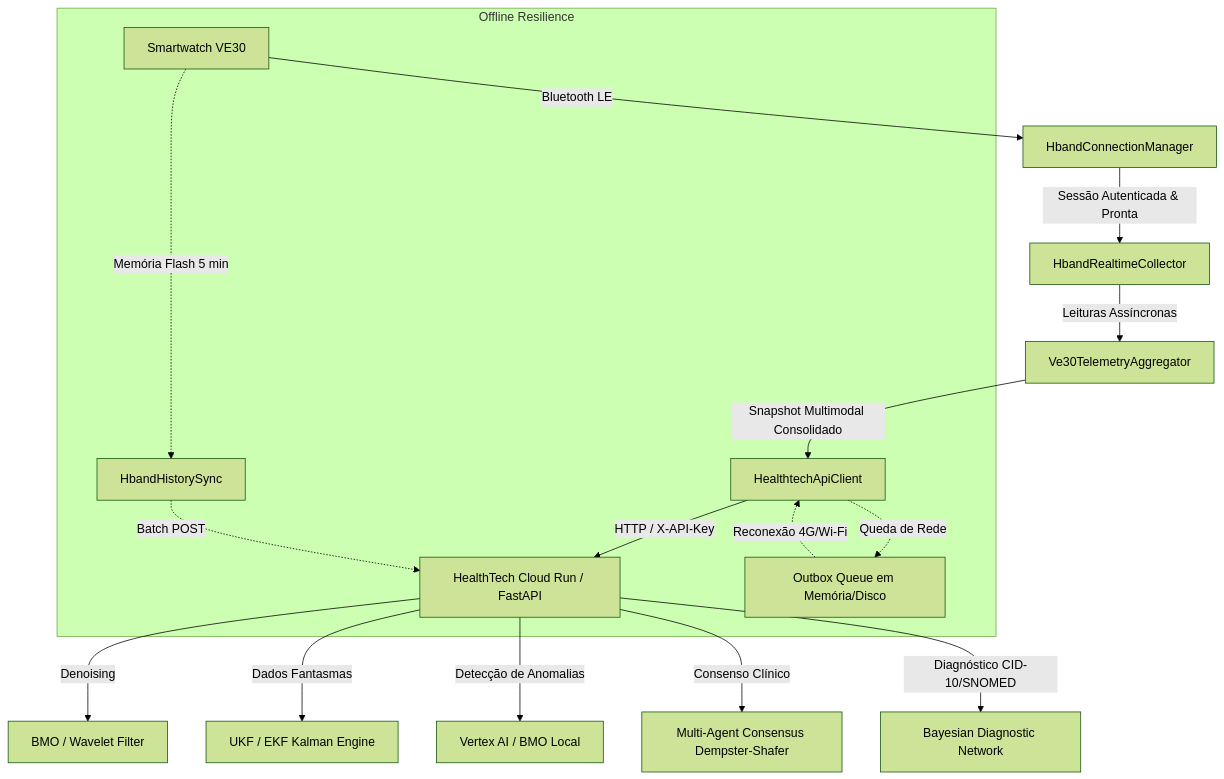
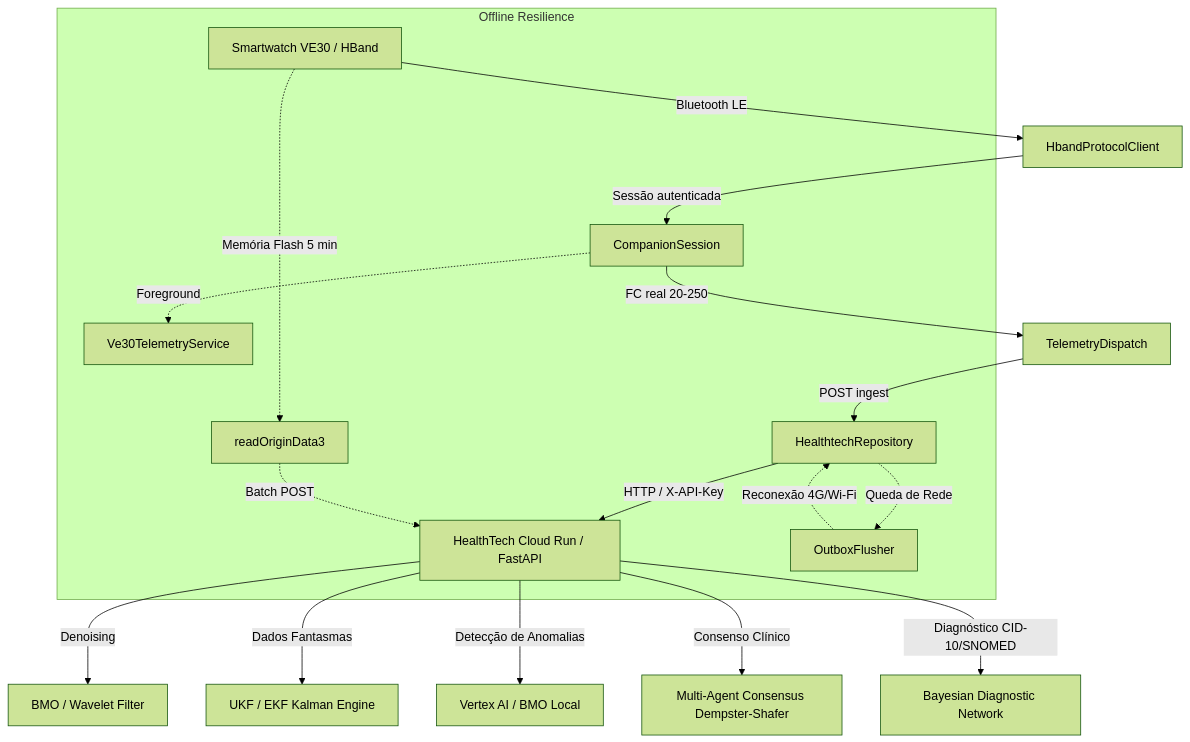
One commit to leanderdulac/healthtech changed the diagram in companion-android/VE30_INTEGRATION_GUIDE.md. Above: the diagram before and after it, drawn with Mermaid (forest theme). The commit also changed other lines of this file and 26 other files, not shown here.

First line of the commit message:
feat(android): harden Sprint A ingest and wire OriginData3 sync

````diff
--- a/companion-android/VE30_INTEGRATION_GUIDE.md
+++ b/companion-android/VE30_INTEGRATION_GUIDE.md
@@ -11,20 +11,21 @@
 ```mermaid
 graph TD
-    A[Smartwatch VE30] -->|Bluetooth LE| B[HbandConnectionManager]
-    B -->|Sessão Autenticada & Pronta| C[HbandRealtimeCollector]
-    C -->|Leituras Assíncronas| D[Ve30TelemetryAggregator]
-    D -->|Snapshot Multimodal Consolidado| E[HealthtechApiClient]
+    A[Smartwatch VE30 / HBand] -->|Bluetooth LE| B[HbandProtocolClient]
+    B -->|Sessão autenticada| C[CompanionSession]
+    C -->|FC real 20-250| D[TelemetryDispatch]
+    D -->|POST ingest| E[HealthtechRepository]
     E -->|HTTP / X-API-Key| F[HealthTech Cloud Run / FastAPI]
     F -->|Denoising| G[BMO / Wavelet Filter]
     F -->|Dados Fantasmas| H[UKF / EKF Kalman Engine]
     F -->|Detecção de Anomalias| I[Vertex AI / BMO Local]
     F -->|Consenso Clínico| J[Multi-Agent Consensus Dempster-Shafer]
     F -->|Diagnóstico CID-10/SNOMED| K[Bayesian Diagnostic Network]
     
     subgraph "Offline Resilience"
-    E -.->|Queda de Rede| L[Outbox Queue em Memória/Disco]
+    E -.->|Queda de Rede| L[OutboxFlusher]
     L -.->|Reconexão 4G/Wi-Fi| E
-    A -.->|Memória Flash 5 min| M[HbandHistorySync]
+    A -.->|Memória Flash 5 min| M[readOriginData3]
     M -.->|Batch POST| F
+    C -.->|Foreground| N[Ve30TelemetryService]
     end
 ```
````
